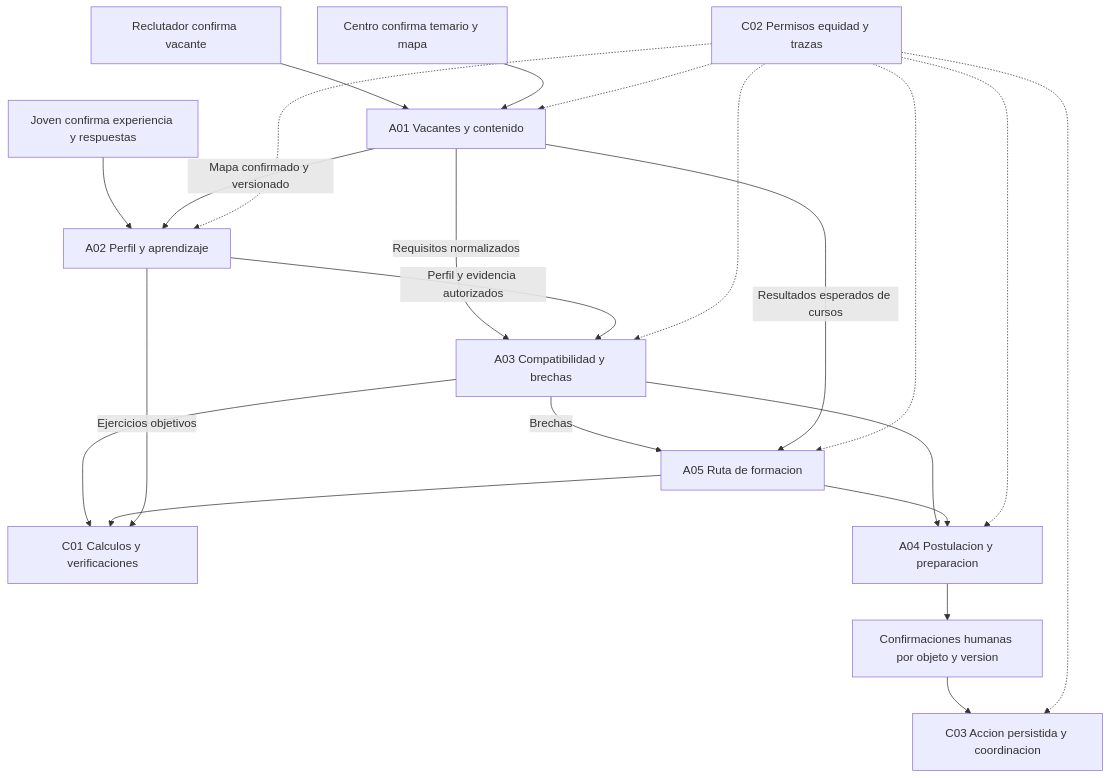
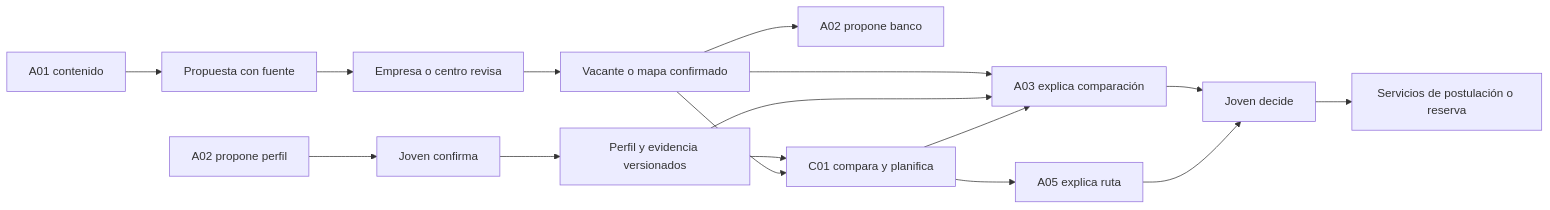
The diagram in docs/ARQUITECTURA_AGENTES.md (HackathonFISC/equipo-10), drawn with Mermaid before and after one commit. The commit also changed other lines of this file and 168 other files, not shown here.

````diff
--- a/docs/ARQUITECTURA_AGENTES.md
+++ b/docs/ARQUITECTURA_AGENTES.md
@@ -67,24 +19,18 @@
-```mermaid
-flowchart TD
-    Empresa[Reclutador confirma vacante] --> A01[A01 Vacantes y contenido]
-    Centro[Centro confirma temario y mapa] --> A01
-    Joven[Joven confirma experiencia y respuestas] --> A02[A02 Perfil y aprendizaje]
-    A01 -->|Mapa confirmado y versionado| A02
-    A01 -->|Requisitos normalizados| A03[A03 Compatibilidad y brechas]
-    A02 -->|Perfil y evidencia autorizados| A03
-    A03 -->|Brechas| A05[A05 Ruta de formacion]
-    A01 -->|Resultados esperados de cursos| A05
-    A03 --> C01[C01 Calculos y verificaciones]
-    A05 --> C01
-    A02 -->|Ejercicios objetivos| C01
-    A03 --> A04[A04 Postulacion y preparacion]
-    A05 --> A04
-    A04 --> Confirmar[Confirmaciones humanas por objeto y version]
-    Confirmar --> C03[C03 Accion persistida y coordinacion]
-    C02[C02 Permisos equidad y trazas] -.-> A01
-    C02 -.-> A02
-    C02 -.-> A03
-    C02 -.-> A05
-    C02 -.-> A04
-    C02 -.-> C03
-```
+~~~mermaid
+flowchart LR
+    A01[A01 contenido] --> P[Propuesta con fuente]
+    P --> H1[Empresa o centro revisa]
+    H1 --> V[Vacante o mapa confirmado]
+    V --> A03[A03 explica comparación]
+    V --> A02B[A02 propone banco]
+    A02P[A02 propone perfil] --> H2[Joven confirma]
+    H2 --> R[Perfil y evidencia versionados]
+    R --> A03
+    R --> C[C01 compara y planifica]
+    V --> C
+    C --> A05[A05 explica ruta]
+    C --> A03
+    A03 --> H3[Joven decide]
+    A05 --> H3
+    H3 --> O[Servicios de postulación o reserva]
+~~~
````
